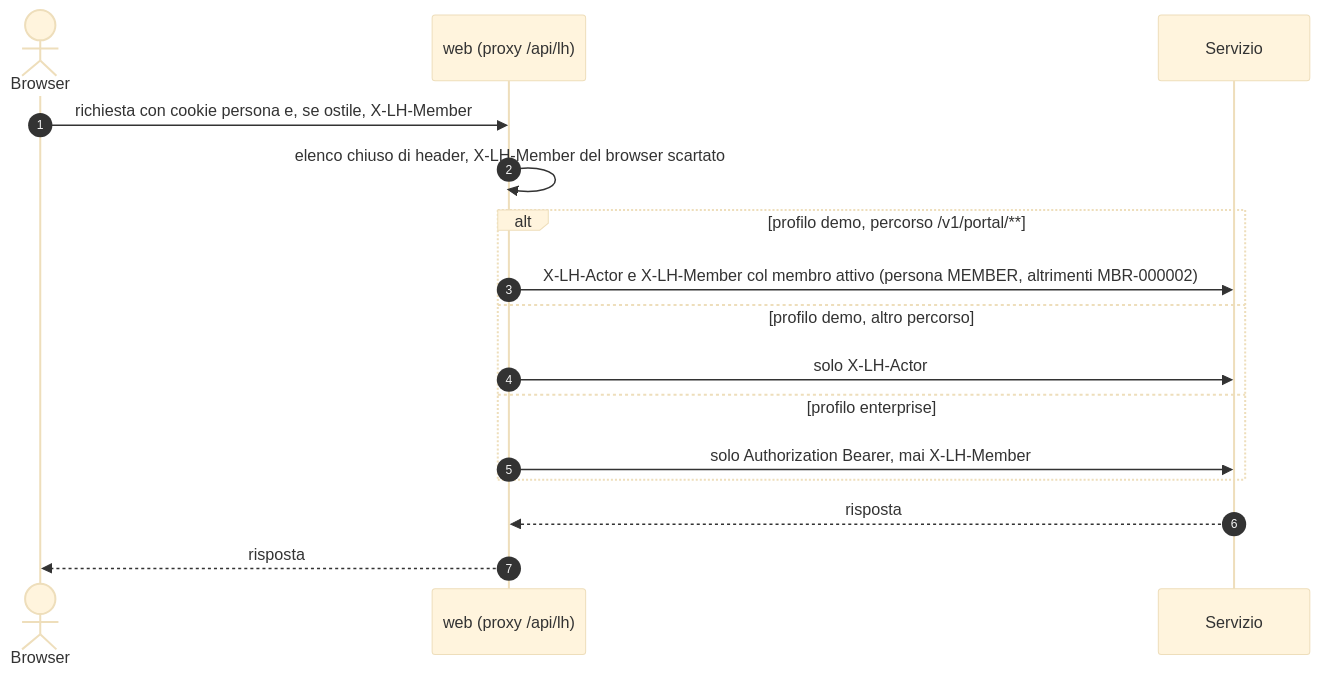
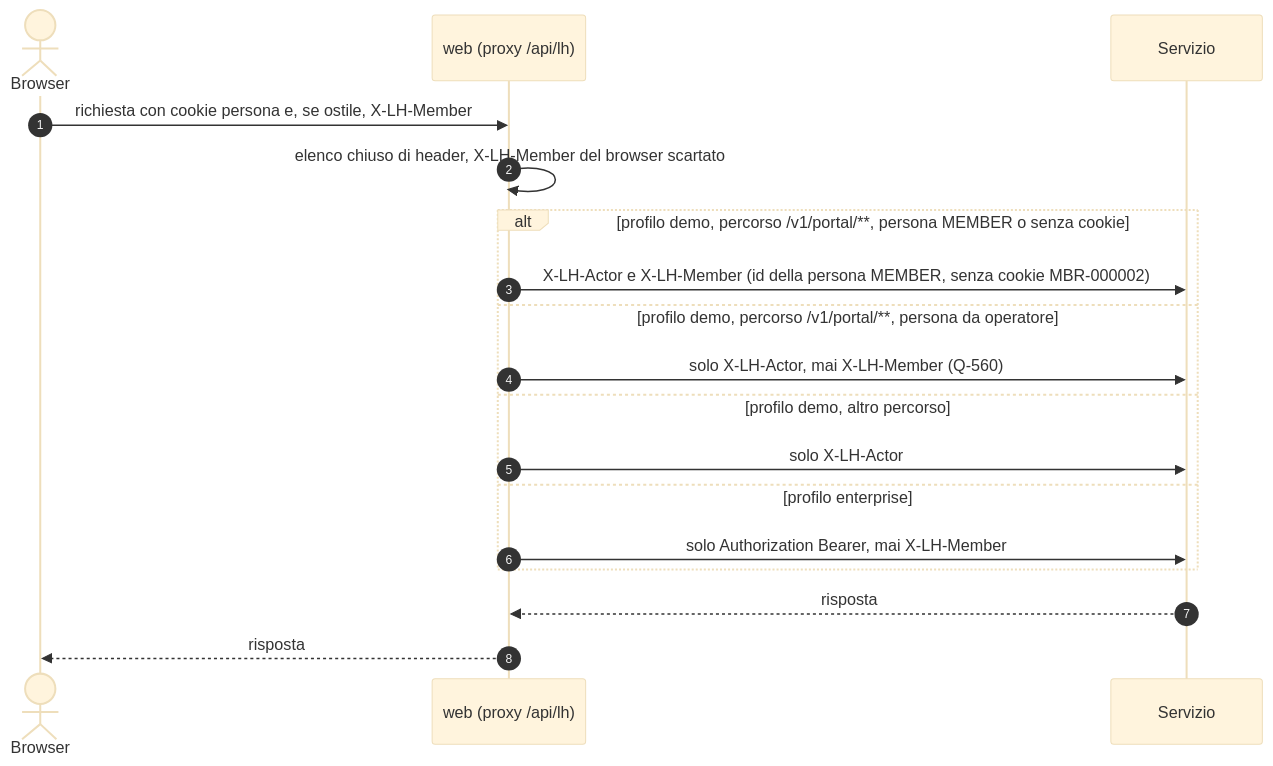
One commit to peppe-ruv/Loyalty_Sys changed the first of 3 diagrams in docs/07-FRONTEND-FONDAMENTA.md. Above: the diagram before and after it, drawn with Mermaid (base theme). The commit also changed other lines of this file and 8 other files, not shown here.

First line of the commit message:
fix(web): nessun X-LH-Member con una persona di backoffice [F2-SEC-09, ADR-048, Q-560]

````diff
--- a/docs/07-FRONTEND-FONDAMENTA.md
+++ b/docs/07-FRONTEND-FONDAMENTA.md
@@ -44,21 +44,23 @@
 ```mermaid
 sequenceDiagram
   accTitle: Identità del proxy verso i servizi nei due profili
-  accDescr: Il browser chiama il proxy con il cookie persona; il proxy scarta ogni header d'identità del browser, compreso X-LH-Member. Nel profilo demo aggiunge X-LH-Actor e, solo sulle API del portale, X-LH-Member col membro attivo della persona; sugli altri percorsi solo X-LH-Actor. Nel profilo enterprise manda solo il Bearer della sessione e mai X-LH-Member.
+  accDescr: Il browser chiama il proxy con il cookie persona; il proxy scarta ogni header d'identità del browser, compreso X-LH-Member. Nel profilo demo aggiunge X-LH-Actor e, solo sulle API del portale, X-LH-Member col membro della persona MEMBER (MBR-000002 senza cookie, mai con una persona da operatore); sugli altri percorsi solo X-LH-Actor. Nel profilo enterprise manda solo il Bearer della sessione e mai X-LH-Member.
   autonumber
   actor B as Browser
   participant W as web (proxy /api/lh)
   participant S as Servizio
 
   B->>W: richiesta con cookie persona e, se ostile, X-LH-Member
   W->>W: elenco chiuso di header, X-LH-Member del browser scartato
-  alt profilo demo, percorso /v1/portal/**
-    W->>S: X-LH-Actor e X-LH-Member col membro attivo (persona MEMBER, altrimenti MBR-000002)
+  alt profilo demo, percorso /v1/portal/**, persona MEMBER o senza cookie
+    W->>S: X-LH-Actor e X-LH-Member (id della persona MEMBER, senza cookie MBR-000002)
+  else profilo demo, percorso /v1/portal/**, persona da operatore
+    W->>S: solo X-LH-Actor, mai X-LH-Member (Q-560)
   else profilo demo, altro percorso
     W->>S: solo X-LH-Actor
   else profilo enterprise
     W->>S: solo Authorization Bearer, mai X-LH-Member
   end
   S-->>W: risposta
   W-->>B: risposta
 ```
````
